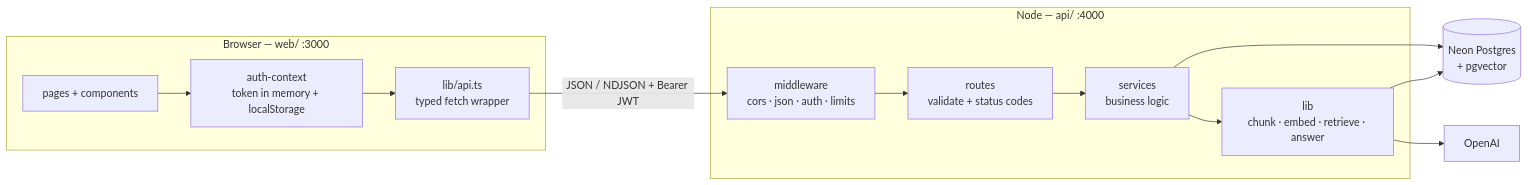
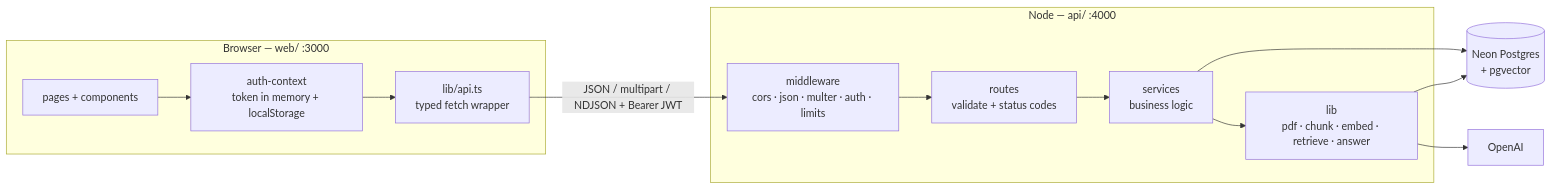
Before and after one commit to AbhishekSatyam96/devTinder: the first of 6 diagrams in docs/flows.md, drawn with Mermaid. The commit also changed other lines of this file and 2 other files, not shown here.

````diff
--- a/docs/flows.md
+++ b/docs/flows.md
@@ -17,21 +17,21 @@
 ```mermaid
 flowchart LR
     subgraph browser["Browser — web/ :3000"]
         UI["pages + components"]
         Ctx["auth-context<br/>token in memory + localStorage"]
         API["lib/api.ts<br/>typed fetch wrapper"]
     end
     subgraph server["Node — api/ :4000"]
-        MW["middleware<br/>cors · json · auth · limits"]
+        MW["middleware<br/>cors · json · multer · auth · limits"]
         RT["routes<br/>validate + status codes"]
         SV["services<br/>business logic"]
-        LB["lib<br/>chunk · embed · retrieve · answer"]
+        LB["lib<br/>pdf · chunk · embed · retrieve · answer"]
     end
     DB[("Neon Postgres<br/>+ pgvector")]
     OAI["OpenAI"]
 
-    UI --> Ctx --> API -->|"JSON / NDJSON + Bearer JWT"| MW --> RT --> SV --> LB
+    UI --> Ctx --> API -->|"JSON / multipart / NDJSON + Bearer JWT"| MW --> RT --> SV --> LB
     SV --> DB
     LB --> DB
     LB --> OAI
 ```
````
